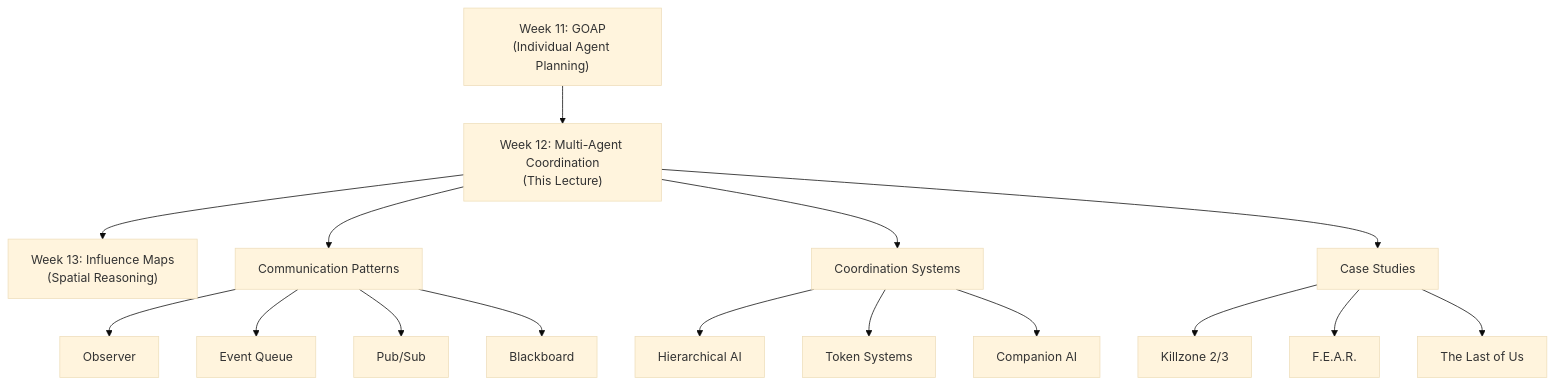
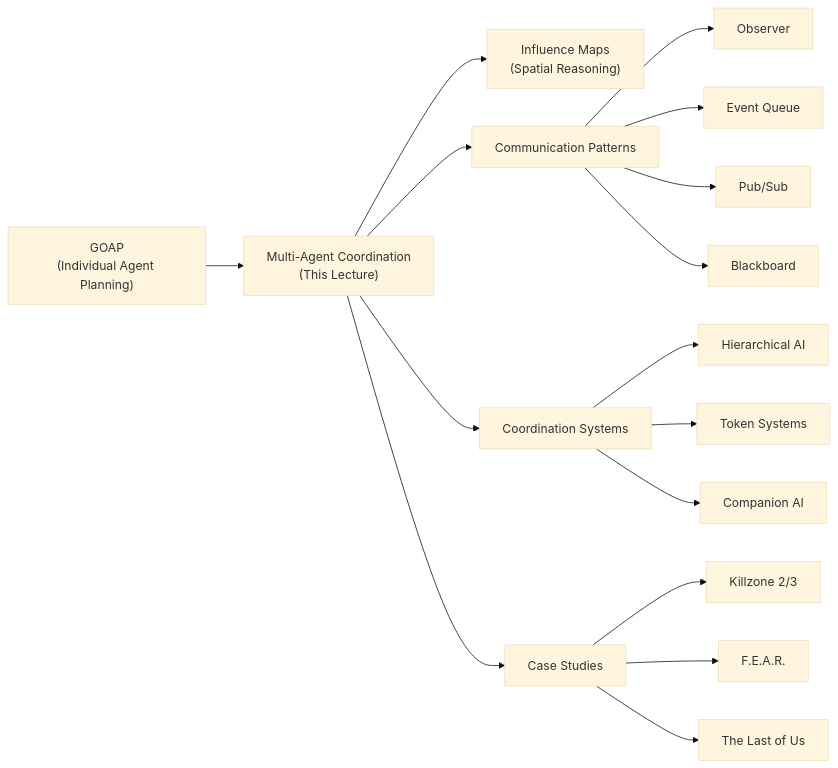
One commit to gameguild-gg/gameguild changed diagram 13 of 13 in apps/web/src/data/courses/ai4games2/12-multiagent/01-lecture.md. Above: the diagram before and after it, drawn with Mermaid (base theme). The commit also changed other lines of this file and 7 other files, not shown here.

````diff
--- a/apps/web/src/data/courses/ai4games2/12-multiagent/01-lecture.md
+++ b/apps/web/src/data/courses/ai4games2/12-multiagent/01-lecture.md
@@ -1929,22 +1930,22 @@
 ```mermaid
-flowchart TD
-    A["Week 11: GOAP<br/>(Individual Agent Planning)"] --> B["Week 12: Multi-Agent Coordination<br/>(This Lecture)"]
-    B --> C["Week 13: Influence Maps<br/>(Spatial Reasoning)"]
+flowchart LR
+    A["GOAP<br/>(Individual Agent Planning)"] --> B["Multi-Agent Coordination<br/>(This Lecture)"]
+    B --> C["Influence Maps<br/>(Spatial Reasoning)"]
 
     B --> D["Communication Patterns"]
     B --> E["Coordination Systems"]
     B --> F["Case Studies"]
 
     D --> D1["Observer"]
     D --> D2["Event Queue"]
     D --> D3["Pub/Sub"]
     D --> D4["Blackboard"]
 
     E --> E1["Hierarchical AI"]
     E --> E2["Token Systems"]
     E --> E3["Companion AI"]
 
     F --> F1["Killzone 2/3"]
     F --> F2["F.E.A.R."]
     F --> F3["The Last of Us"]
 ```
````
